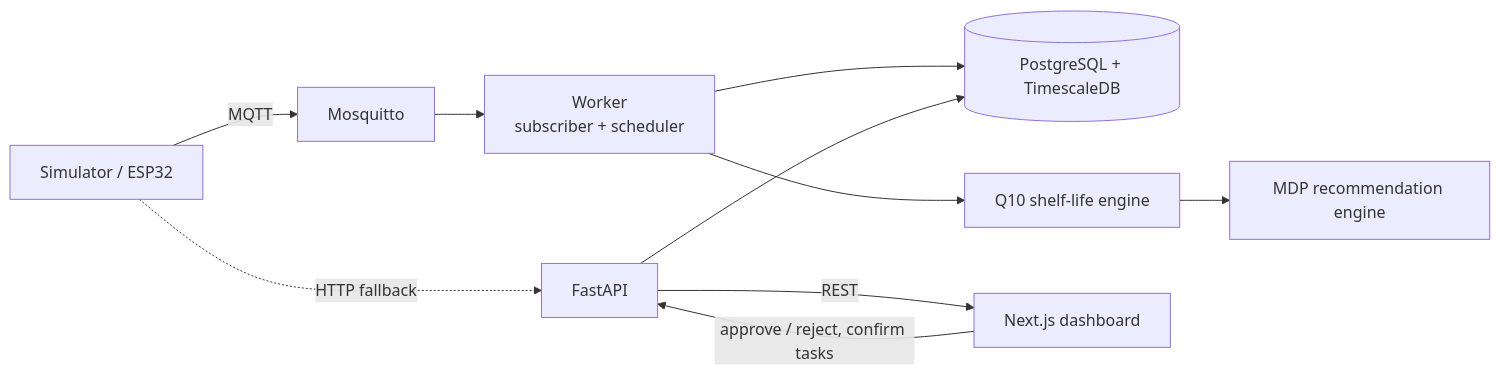
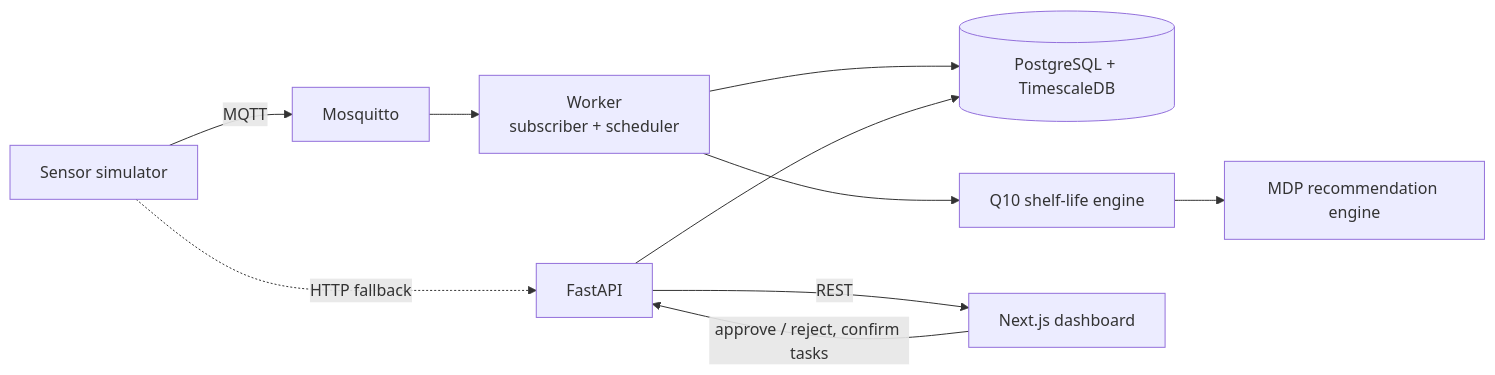
One commit to JD-Code05/dyna-fefo changed the diagram in README.md. Above: the diagram before and after it, drawn with Mermaid. The commit also changed other lines of this file, not shown here.

First line of the commit message:
docs: sensors are simulated by design, no physical ESP32

````diff
--- a/README.md
+++ b/README.md
@@ -71,11 +71,11 @@
 ```mermaid
 flowchart LR
-    SIM[Simulator / ESP32] -- MQTT --> MQ[Mosquitto]
+    SIM[Sensor simulator] -- MQTT --> MQ[Mosquitto]
     MQ --> WK[Worker<br/>subscriber + scheduler]
     SIM -. HTTP fallback .-> API[FastAPI]
     WK --> DB[(PostgreSQL + TimescaleDB)]
     API --> DB
     WK --> RUL[Q10 shelf-life engine] --> MDP[MDP recommendation engine]
     API -- REST --> FE[Next.js dashboard]
     FE -- approve / reject, confirm tasks --> API
 ```
````
